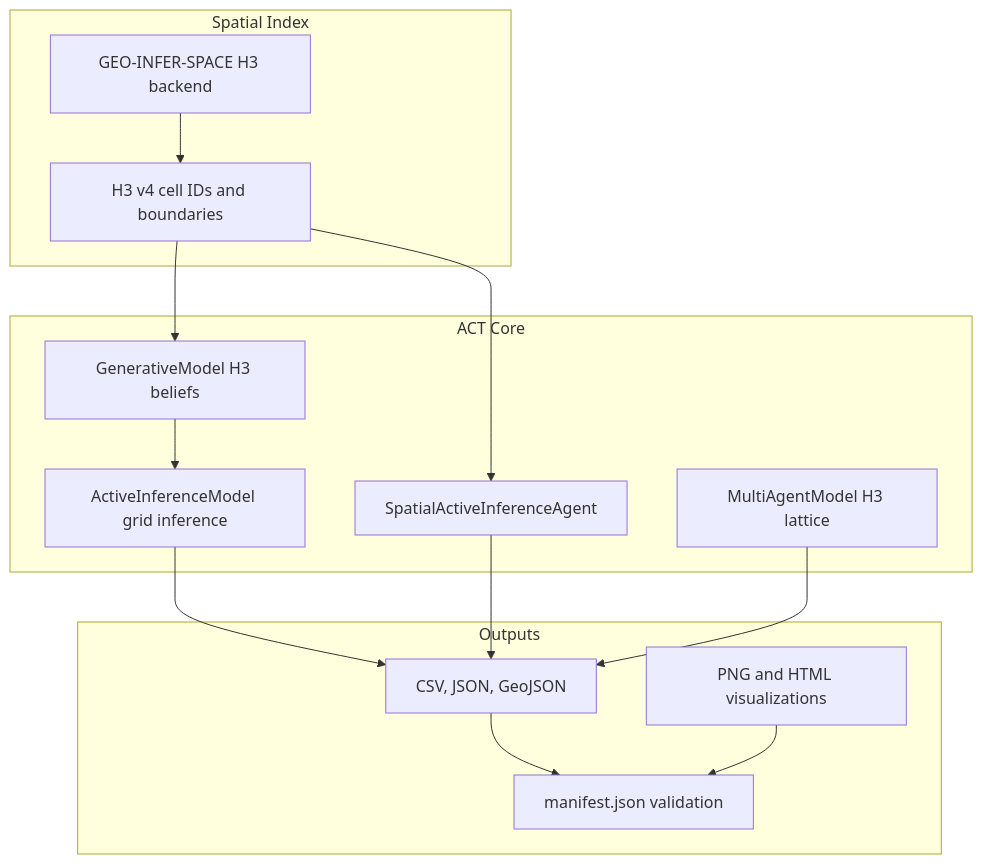
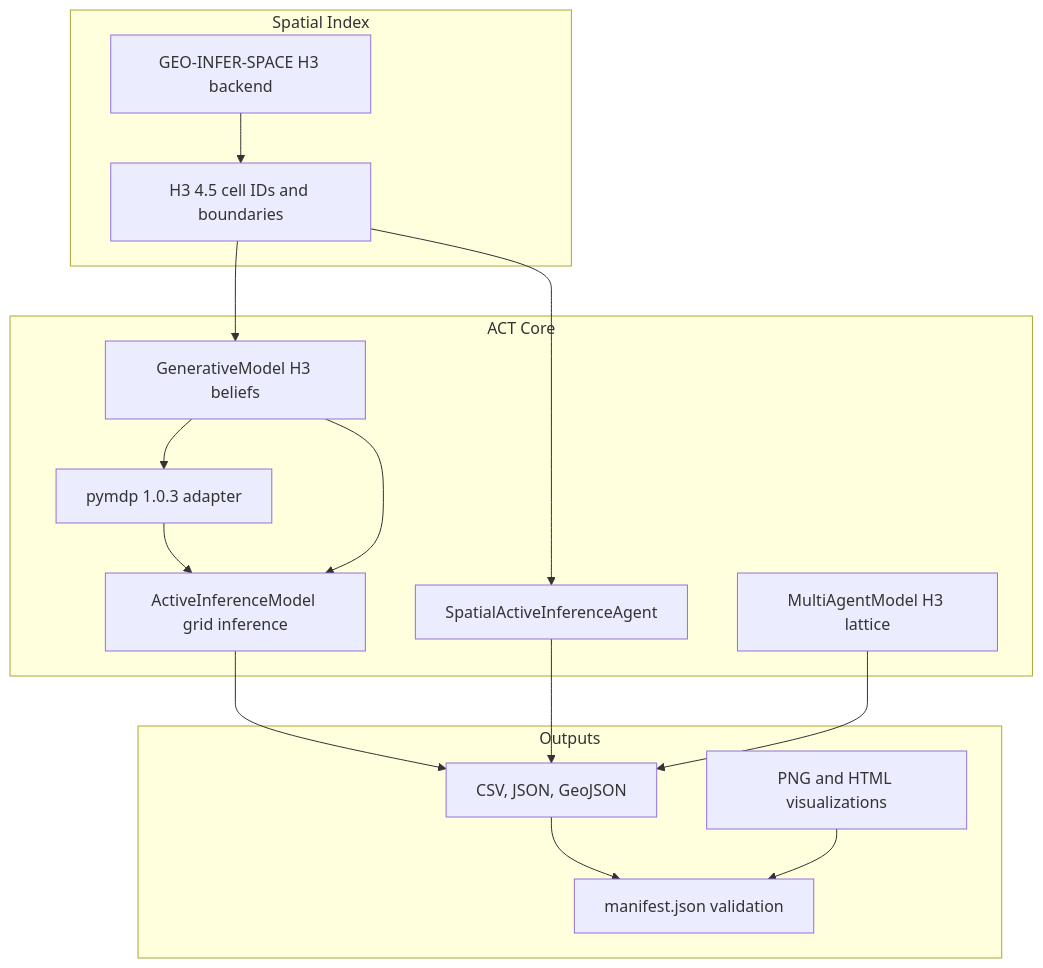
The first of 12 diagrams in GEO-INFER-ACT/docs/geospatial_applications.md (ActiveInferenceInstitute/GEO-INFER), drawn with Mermaid before and after one commit. The commit also changed other lines of this file and 1832 other files, not shown here.

````diff
--- a/GEO-INFER-ACT/docs/geospatial_applications.md
+++ b/GEO-INFER-ACT/docs/geospatial_applications.md
@@ -10,25 +11,27 @@
 ```mermaid
 flowchart TB
     subgraph "Spatial Index"
         SPACE["GEO-INFER-SPACE H3 backend"]
-        H3["H3 v4 cell IDs and boundaries"]
+        H3["H3 4.5 cell IDs and boundaries"]
     end
     subgraph "ACT Core"
         GM["GenerativeModel H3 beliefs"]
+        PYMDP["pymdp 1.0.3 adapter"]
         AIM["ActiveInferenceModel grid inference"]
         SA["SpatialActiveInferenceAgent"]
         MA["MultiAgentModel H3 lattice"]
     end
     subgraph "Outputs"
         DATA["CSV, JSON, GeoJSON"]
         VIZ["PNG and HTML visualizations"]
         MANIFEST["manifest.json validation"]
     end
-    SPACE --> H3 --> GM
+    SPACE --> H3 --> GM --> PYMDP
+    PYMDP --> AIM
     H3 --> SA
     GM --> AIM --> DATA
     SA --> DATA
     MA --> DATA
     DATA --> MANIFEST
     VIZ --> MANIFEST
 ```
````
